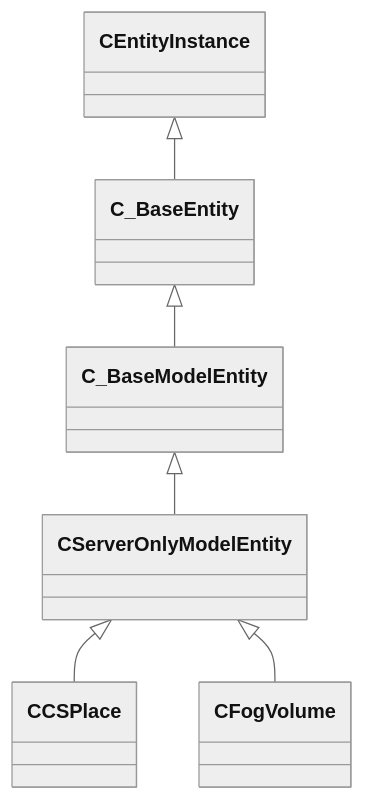
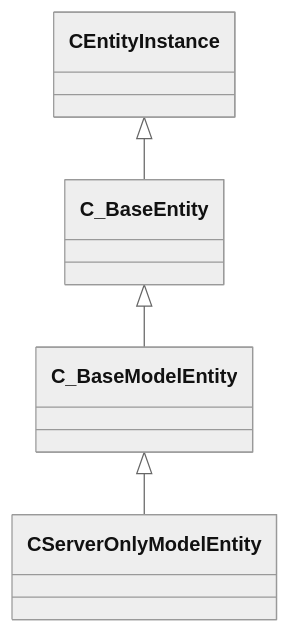
One commit to CS2OpenDev/CS2OpenDev-Docs changed the diagram in docs/generated/schemas/client/CServerOnlyModelEntity.md. Above: the diagram before and after it, drawn with Mermaid (neutral theme). The commit also changed other lines of this file and 4525 other files, not shown here.

````diff
--- a/docs/generated/schemas/client/CServerOnlyModelEntity.md
+++ b/docs/generated/schemas/client/CServerOnlyModelEntity.md
@@ -19,8 +21,6 @@
 ```mermaid
 classDiagram
     C_BaseModelEntity <|-- CServerOnlyModelEntity
     C_BaseEntity <|-- C_BaseModelEntity
     CEntityInstance <|-- C_BaseEntity
-    CServerOnlyModelEntity <|-- CCSPlace
-    CServerOnlyModelEntity <|-- CFogVolume
 ```
````
